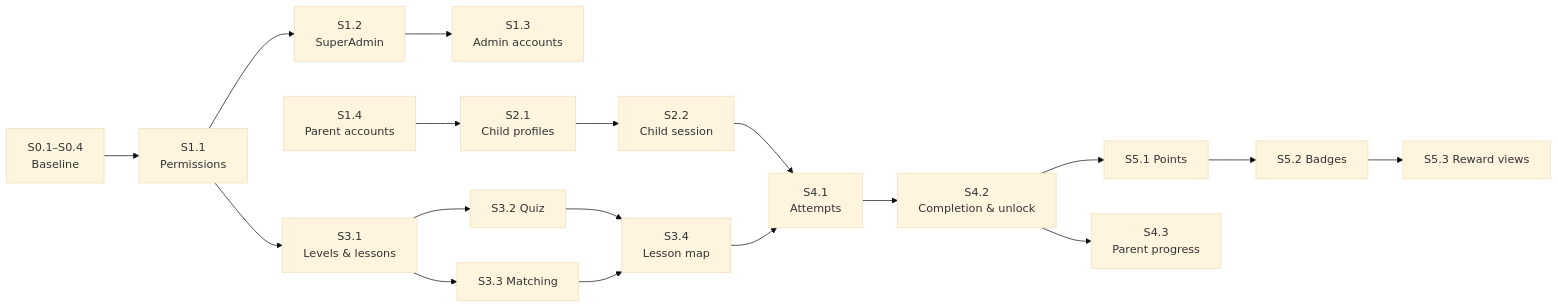
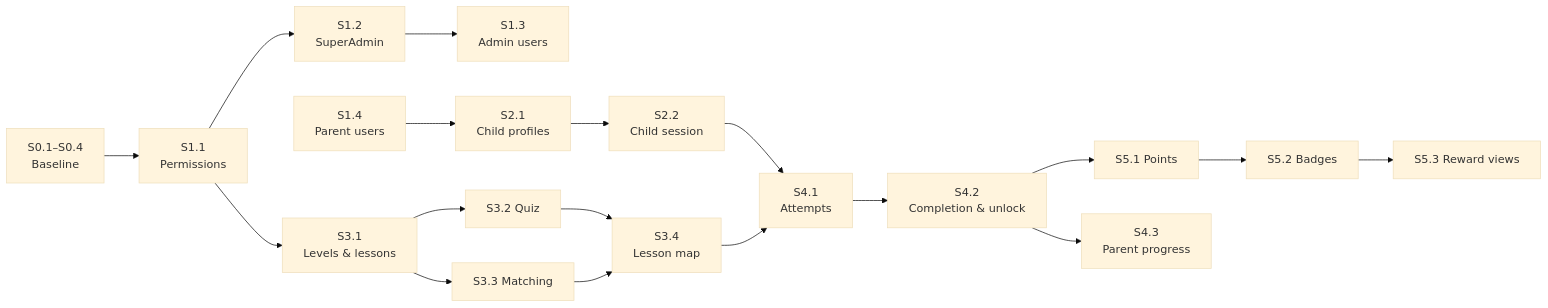
One commit to vietbui92/EnglishAdventure changed the diagram in docs/roadmap/mvp-implementation-plan.md. Above: the diagram before and after it, drawn with Mermaid (base theme). The commit also changed other lines of this file and 31 other files, not shown here.

````diff
--- a/docs/roadmap/mvp-implementation-plan.md
+++ b/docs/roadmap/mvp-implementation-plan.md
@@ -82,13 +83,13 @@
 ```mermaid
 flowchart LR
     S0[S0.1–S0.4<br/>Baseline] --> S11[S1.1<br/>Permissions]
     S11 --> S12[S1.2<br/>SuperAdmin]
-    S12 --> S13[S1.3<br/>Admin accounts]
+    S12 --> S13[S1.3<br/>Admin users]
     S11 --> S31[S3.1<br/>Levels & lessons]
     S31 --> S32[S3.2 Quiz] & S33[S3.3 Matching]
     S32 & S33 --> S34[S3.4<br/>Lesson map]
-    S14[S1.4<br/>Parent accounts] --> S21[S2.1<br/>Child profiles] --> S22[S2.2<br/>Child session]
+    S14[S1.4<br/>Parent users] --> S21[S2.1<br/>Child profiles] --> S22[S2.2<br/>Child session]
     S22 & S34 --> S41[S4.1<br/>Attempts] --> S42[S4.2<br/>Completion & unlock]
     S42 --> S51[S5.1 Points] --> S52[S5.2 Badges] --> S53[S5.3 Reward views]
     S42 --> S43[S4.3<br/>Parent progress]
 ```
````
